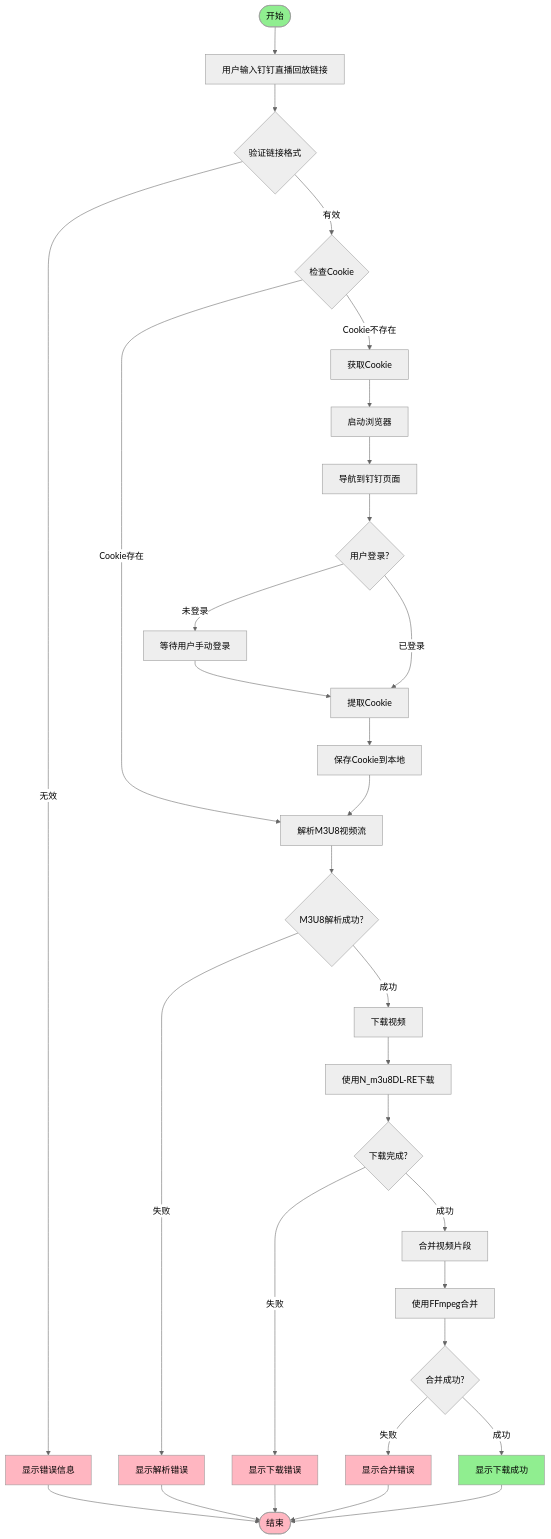
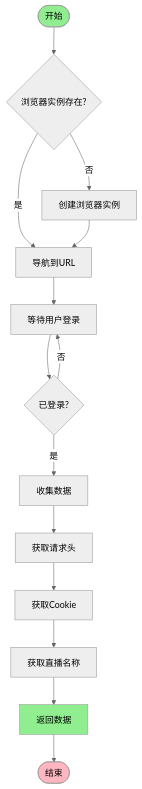
Before and after one commit to glacier0315/DingTalk-Live-Playback-Download-Tool: the fourth of 6 diagrams in docs/architecture.md, drawn with Mermaid (neutral theme). The commit also changed other lines of this file and 2 other files, not shown here.

````diff
--- a/docs/architecture.md
+++ b/docs/architecture.md
@@ -123,50 +781,26 @@
 ```mermaid
 flowchart TD
-    Start([开始]) --> Input[用户输入钉钉直播回放链接]
-    Input --> ValidateLink{验证链接格式}
-    ValidateLink -->|无效| Error1[显示错误信息]
-    Error1 --> End([结束])
+    Start([开始]) --> CheckBrowser{浏览器实例存在?}
 
-    ValidateLink -->|有效| CheckCookie{检查Cookie}
-    CheckCookie -->|Cookie存在| ParseM3U8[解析M3U8视频流]
-    CheckCookie -->|Cookie不存在| GetCookie[获取Cookie]
+    CheckBrowser -->|否| CreateBrowser[创建浏览器实例]
+    CheckBrowser -->|是| Navigate[导航到URL]
 
-    GetCookie --> LaunchBrowser[启动浏览器]
-    LaunchBrowser --> Navigate[导航到钉钉页面]
-    Navigate --> Login{用户登录?}
-    Login -->|未登录| WaitLogin[等待用户手动登录]
-    WaitLogin --> ExtractCookie[提取Cookie]
-    Login -->|已登录| ExtractCookie
+    CreateBrowser --> Navigate
 
-    ExtractCookie --> SaveCookie[保存Cookie到本地]
-    SaveCookie --> ParseM3U8
+    Navigate --> WaitLogin[等待用户登录]
+    WaitLogin --> CheckLogin{已登录?}
 
-    ParseM3U8 --> CheckM3U8{M3U8解析成功?}
-    CheckM3U8 -->|失败| Error2[显示解析错误]
-    Error2 --> End
+    CheckLogin -->|否| WaitLogin
+    CheckLogin -->|是| CollectData[收集数据]
 
-    CheckM3U8 -->|成功| DownloadVideo[下载视频]
-    DownloadVideo --> UseNM3u8DL[使用N_m3u8DL-RE下载]
-    UseNM3u8DL --> CheckDownload{下载完成?}
+    CollectData --> GetHeaders[获取请求头]
+    GetHeaders --> GetCookies[获取Cookie]
+    GetCookies --> GetLiveName[获取直播名称]
 
-    CheckDownload -->|失败| Error3[显示下载错误]
-    Error3 --> End
-
-    CheckDownload -->|成功| MergeVideo[合并视频片段]
-    MergeVideo --> UseFFmpeg[使用FFmpeg合并]
-    UseFFmpeg --> CheckMerge{合并成功?}
-
-    CheckMerge -->|失败| Error4[显示合并错误]
-    Error4 --> End
-
-    CheckMerge -->|成功| Success[显示下载成功]
-    Success --> End
+    GetLiveName --> Return[返回数据]
+    Return --> End([结束])
 
     style Start fill:#90EE90
     style End fill:#FFB6C1
-    style Error1 fill:#FFB6C1
-    style Error2 fill:#FFB6C1
-    style Error3 fill:#FFB6C1
-    style Error4 fill:#FFB6C1
-    style Success fill:#90EE90
+    style Return fill:#90EE90
 ```
````
